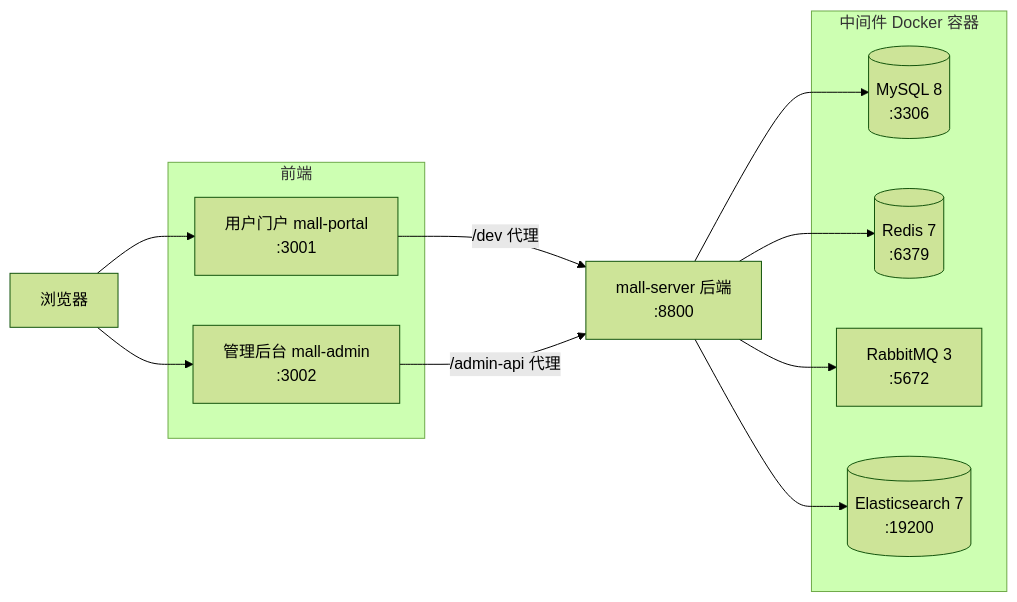
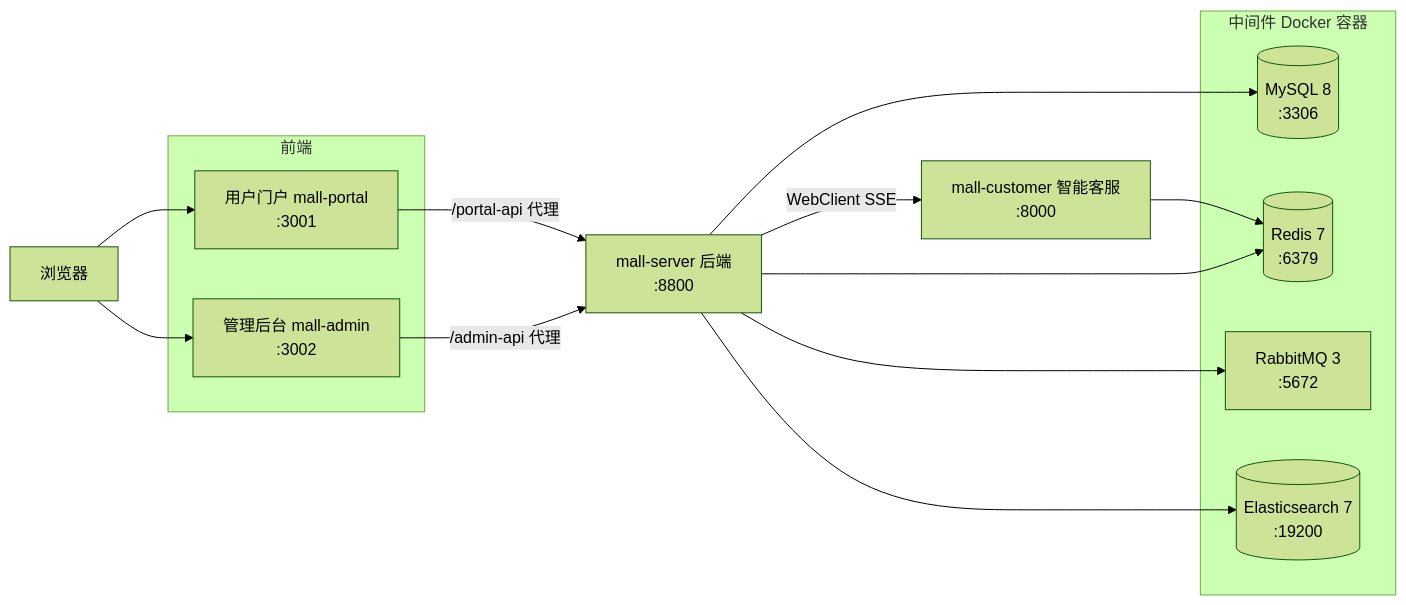
Before and after one commit to zqf20096327/dbhub_collect: the third of 3 diagrams in data/readmes/quuuuj__mall.md, drawn with Mermaid (forest theme). The commit also changed other lines of this file and 364 other files, not shown here.

````diff
--- a/data/readmes/quuuuj__mall.md
+++ b/data/readmes/quuuuj__mall.md
@@ -121,27 +137,30 @@
 ```mermaid
 flowchart LR
     B[浏览器]
 
     subgraph 前端
         P[用户门户 mall-portal<br/>:3001]
         A[管理后台 mall-admin<br/>:3002]
     end
 
     S[mall-server 后端<br/>:8800]
+    C[mall-customer 智能客服<br/>:8000]
 
     subgraph 中间件 Docker 容器
         M[(MySQL 8<br/>:3306)]
         R[(Redis 7<br/>:6379)]
         Q[RabbitMQ 3<br/>:5672]
         E[(Elasticsearch 7<br/>:19200)]
     end
 
     B --> P
     B --> A
-    P -->|/dev 代理| S
+    P -->|/portal-api 代理| S
     A -->|/admin-api 代理| S
+    S -->|WebClient SSE| C
+    C --> R
     S --> M
     S --> R
     S --> Q
     S --> E
 ```
````
